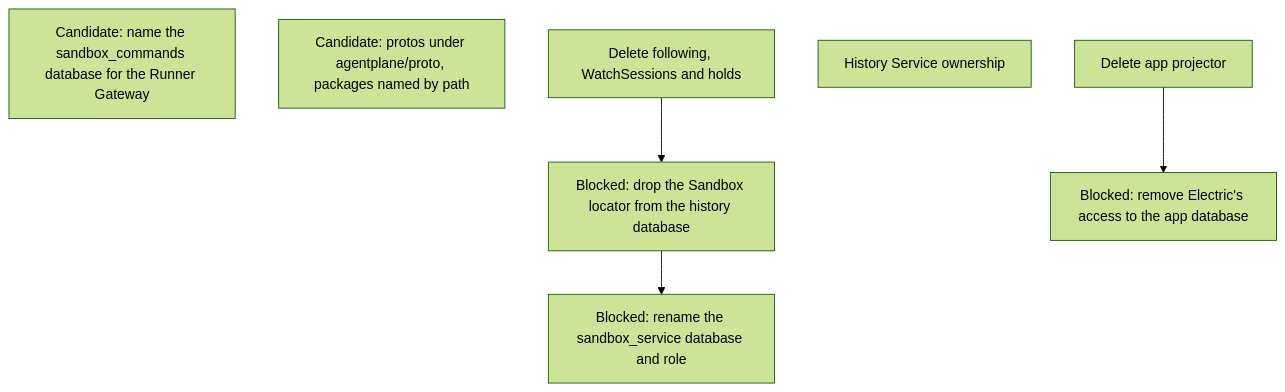
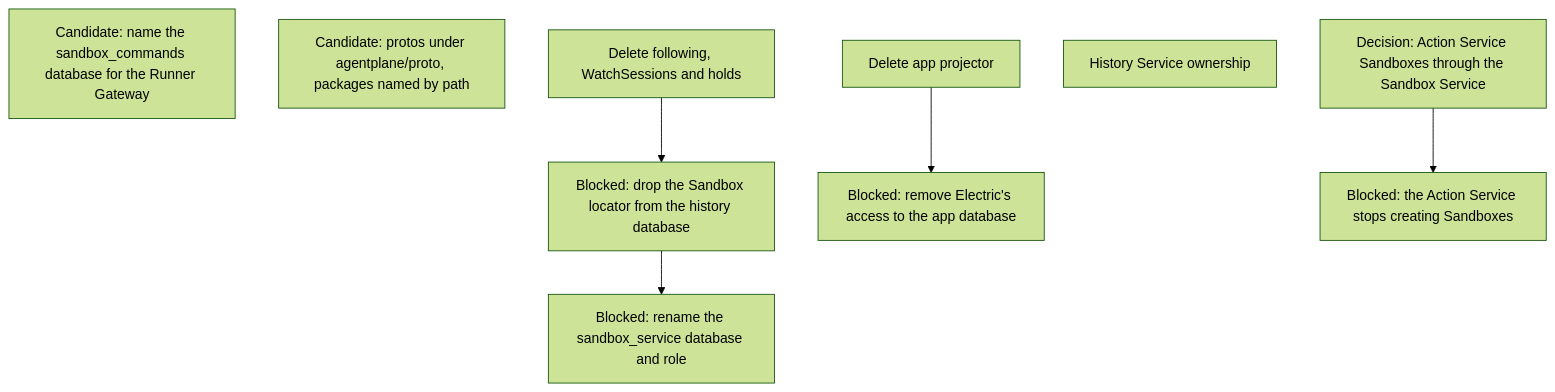
One commit to agentydragon-agent/ducktape changed the tenth of 13 diagrams in agentplane/plans/task_dag.md. Above: the diagram before and after it, drawn with Mermaid (forest theme). The commit also changed other lines of this file and 2 other files, not shown here.

````diff
--- a/agentplane/plans/task_dag.md
+++ b/agentplane/plans/task_dag.md
@@ -719,13 +740,16 @@
 ```mermaid
 flowchart TD
     HISTORY_SANDBOX_LOCATOR_DROP[Blocked: drop the Sandbox locator from the history database]
     HISTORY_DATABASE_RENAME[Blocked: rename the sandbox_service database and role]
     SANDBOX_DATABASE_RENAME[Candidate: name the sandbox_commands database for the Runner Gateway]
     APP_ELECTRIC_RETIRE[Blocked: remove Electric's access to the app database]
     PROTO_DIRECTORY[Candidate: protos under agentplane/proto, packages named by path]
+    ACTION_SANDBOX_DESIGN[Decision: Action Service Sandboxes through the Sandbox Service]
+    ACTION_SANDBOX_PROVISIONING[Blocked: the Action Service stops creating Sandboxes]
+    ACTION_SANDBOX_DESIGN --> ACTION_SANDBOX_PROVISIONING
     APP_PROJECTOR_RETIRE[Delete app projector]
     HISTORY_SERVICE_OWNERSHIP[History Service ownership]
     FOLLOW_PATH_RETIRE[Delete following, WatchSessions and holds] --> HISTORY_SANDBOX_LOCATOR_DROP
     HISTORY_SANDBOX_LOCATOR_DROP --> HISTORY_DATABASE_RENAME
     APP_PROJECTOR_RETIRE --> APP_ELECTRIC_RETIRE
 ```
````
